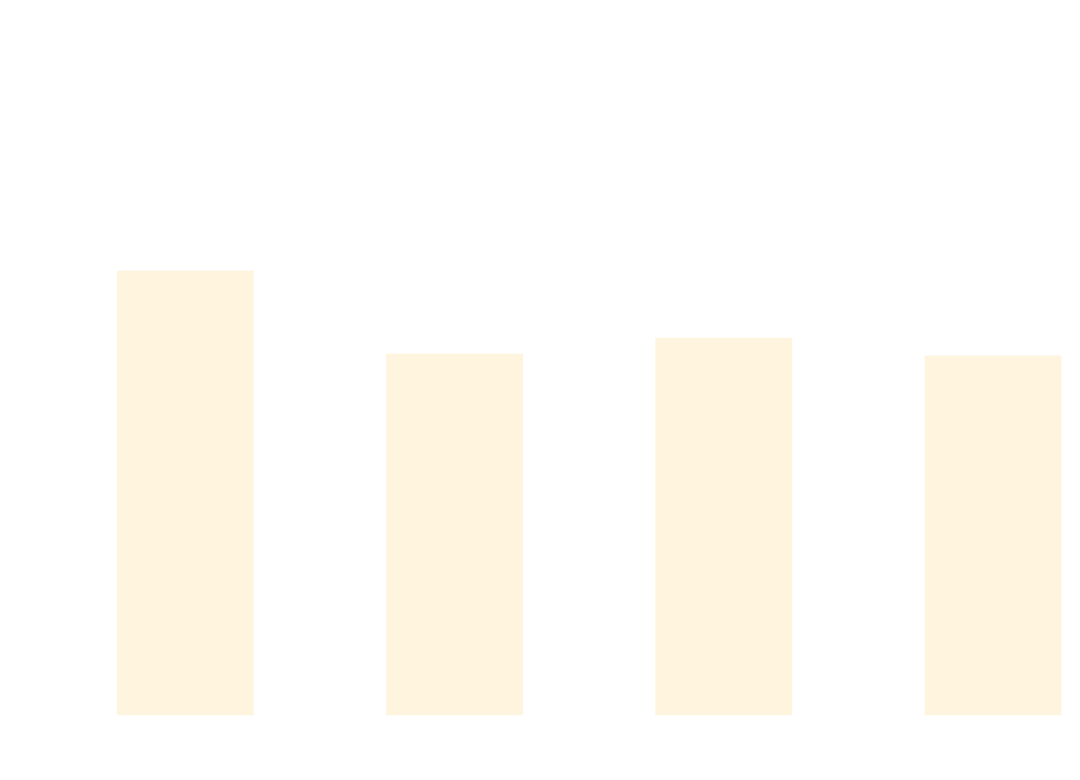
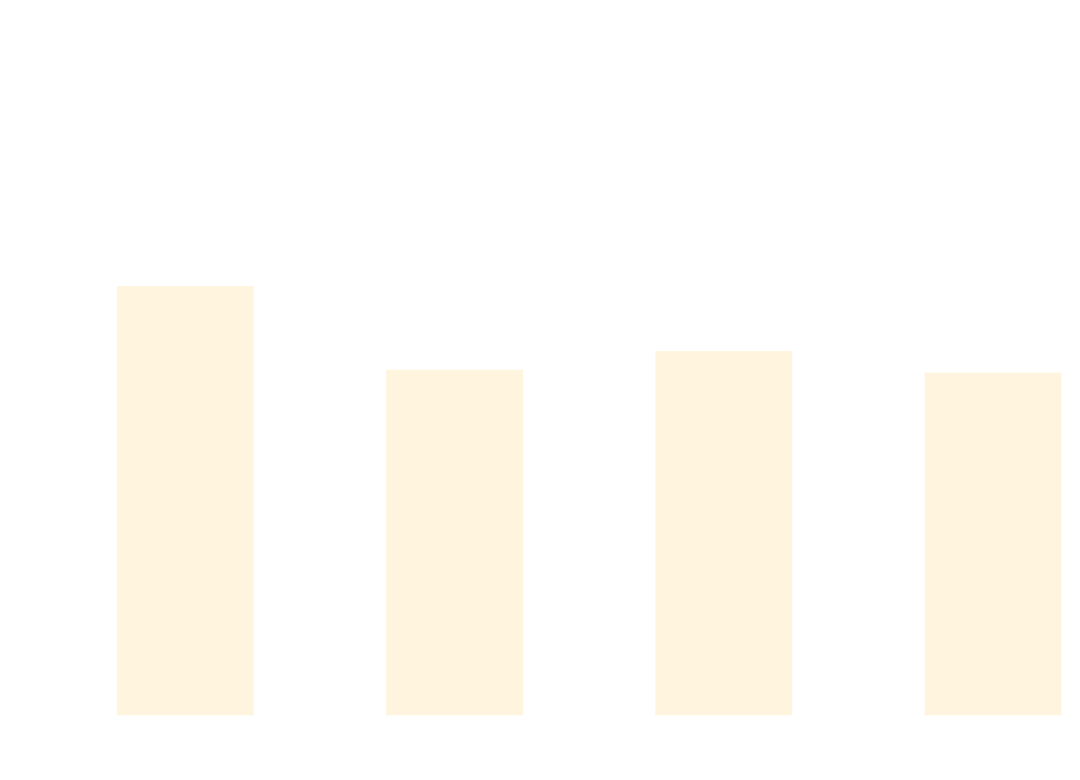
One commit to thomhurst/TUnit changed the diagram in docs/docs/benchmarks/BuildTime.md. Above: the diagram before and after it, drawn with Mermaid. The commit also changed other lines of this file and 17 other files, not shown here.

````diff
--- a/docs/docs/benchmarks/BuildTime.md
+++ b/docs/docs/benchmarks/BuildTime.md
@@ -28,37 +28,37 @@
 ```mermaid
 %%{init: {
   'theme':'base',
   'themeVariables': {
     'primaryColor': '#2563eb',
     'primaryTextColor': '#ffffff',
     'primaryBorderColor': '#1e40af',
     'lineColor': '#6b7280',
     'secondaryColor': '#7c3aed',
     'tertiaryColor': '#dc2626',
     'background': '#ffffff',
     'mainBkg': '#2563eb',
     'secondBkg': '#7c3aed',
     'tertiaryBkg': '#dc2626',
     'clusterBkg': '#f3f4f6',
     'edgeLabelBackground': '#ffffff',
     'tertiaryTextColor': '#1f2937',
     'pie1': '#2563eb',
     'pie2': '#7c3aed',
     'pie3': '#dc2626',
     'pie4': '#f59e0b',
     'pie5': '#10b981',
     'pie6': '#06b6d4',
     'pie7': '#ec4899',
     'pie8': '#6366f1',
     'pie9': '#84cc16',
     'pie10': '#f97316',
     'pie11': '#14b8a6',
     'pie12': '#a855f7'
   }
 }}%%
 xychart-beta
   title "Build Time Comparison"
   x-axis ["Build_TUnit", "Build_NUnit", "Build_MSTest", "Build_xUnit3"]
   y-axis "Time (s)" 0 --> 3
-  bar [2.127, 1.719, 1.797, 1.71]
+  bar [2.051, 1.64, 1.732, 1.626]
 ```
````
